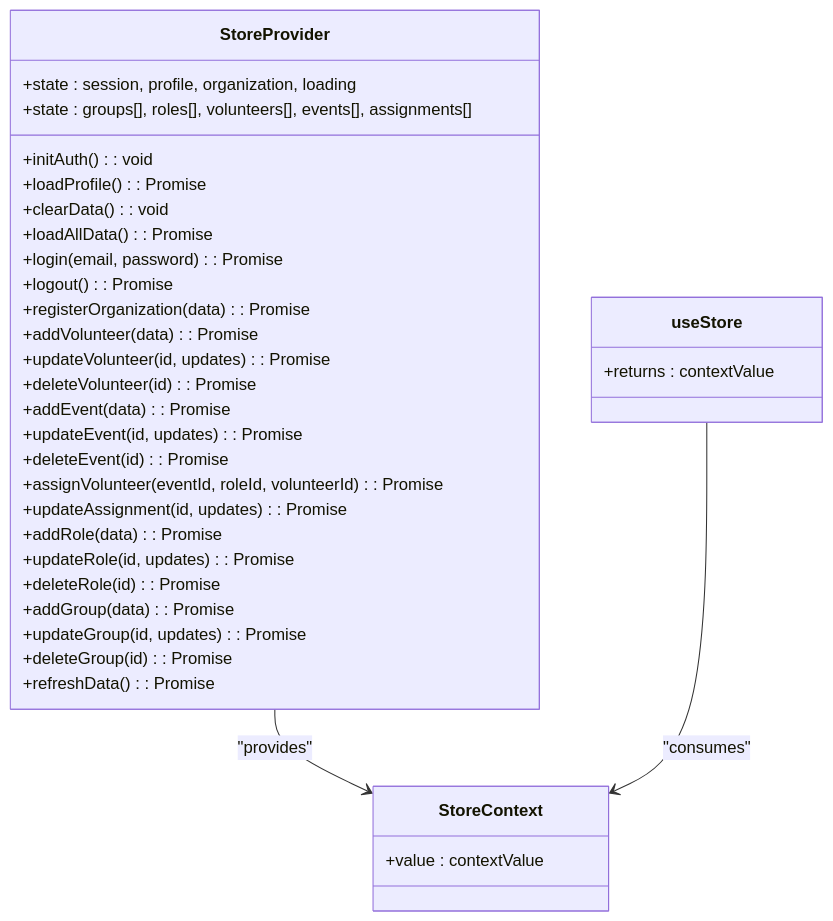
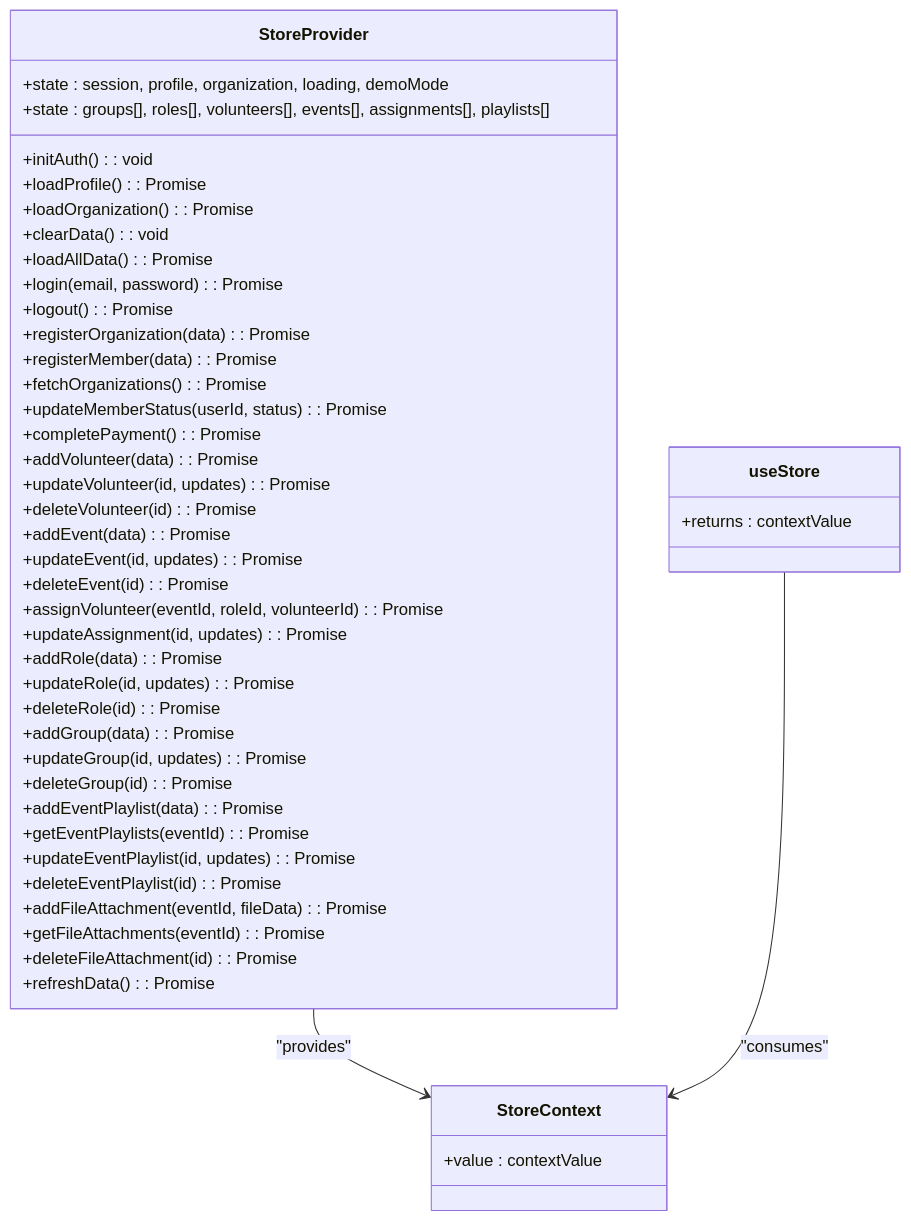
Before and after one commit to netdaniel/serveflow: the third of 12 diagrams in .qoder/repowiki/en/content/State Management System/Store Provider Architecture.md, drawn with Mermaid. The commit also changed other lines of this file and 12 other files, not shown here.

````diff
--- a/.qoder/repowiki/en/content/State Management System/Store Provider Architecture.md
+++ b/.qoder/repowiki/en/content/State Management System/Store Provider Architecture.md
@@ -148,37 +186,49 @@
 ```mermaid
 classDiagram
 class StoreProvider {
-+state : session, profile, organization, loading
-+state : groups[], roles[], volunteers[], events[], assignments[]
++state : session, profile, organization, loading, demoMode
++state : groups[], roles[], volunteers[], events[], assignments[], playlists[]
 +initAuth() : void
 +loadProfile() : Promise<void>
++loadOrganization() : Promise<void>
 +clearData() : void
 +loadAllData() : Promise<void>
 +login(email, password) : Promise<void>
 +logout() : Promise<void>
 +registerOrganization(data) : Promise<void>
++registerMember(data) : Promise<void>
++fetchOrganizations() : Promise<void>
++updateMemberStatus(userId, status) : Promise<void>
++completePayment() : Promise<void>
 +addVolunteer(data) : Promise<void>
 +updateVolunteer(id, updates) : Promise<void>
 +deleteVolunteer(id) : Promise<void>
 +addEvent(data) : Promise<void>
 +updateEvent(id, updates) : Promise<void>
 +deleteEvent(id) : Promise<void>
 +assignVolunteer(eventId, roleId, volunteerId) : Promise<void>
 +updateAssignment(id, updates) : Promise<void>
 +addRole(data) : Promise<void>
 +updateRole(id, updates) : Promise<void>
 +deleteRole(id) : Promise<void>
 +addGroup(data) : Promise<void>
 +updateGroup(id, updates) : Promise<void>
 +deleteGroup(id) : Promise<void>
++addEventPlaylist(data) : Promise<void>
++getEventPlaylists(eventId) : Promise<void>
++updateEventPlaylist(id, updates) : Promise<void>
++deleteEventPlaylist(id) : Promise<void>
++addFileAttachment(eventId, fileData) : Promise<void>
++getFileAttachments(eventId) : Promise<void>
++deleteFileAttachment(id) : Promise<void>
 +refreshData() : Promise<void>
 }
 class StoreContext {
 +value : contextValue
 }
 class useStore {
 +returns : contextValue
 }
 StoreProvider --> StoreContext : "provides"
 useStore --> StoreContext : "consumes"
 ```
````
